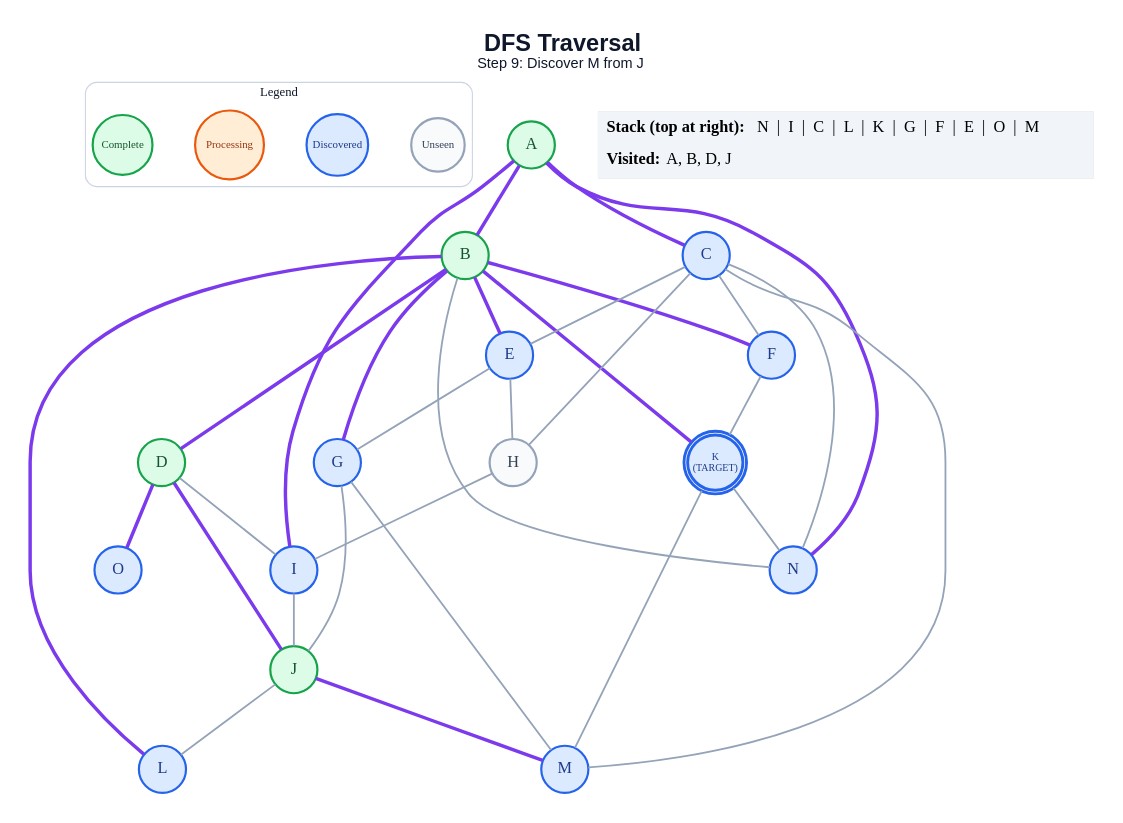
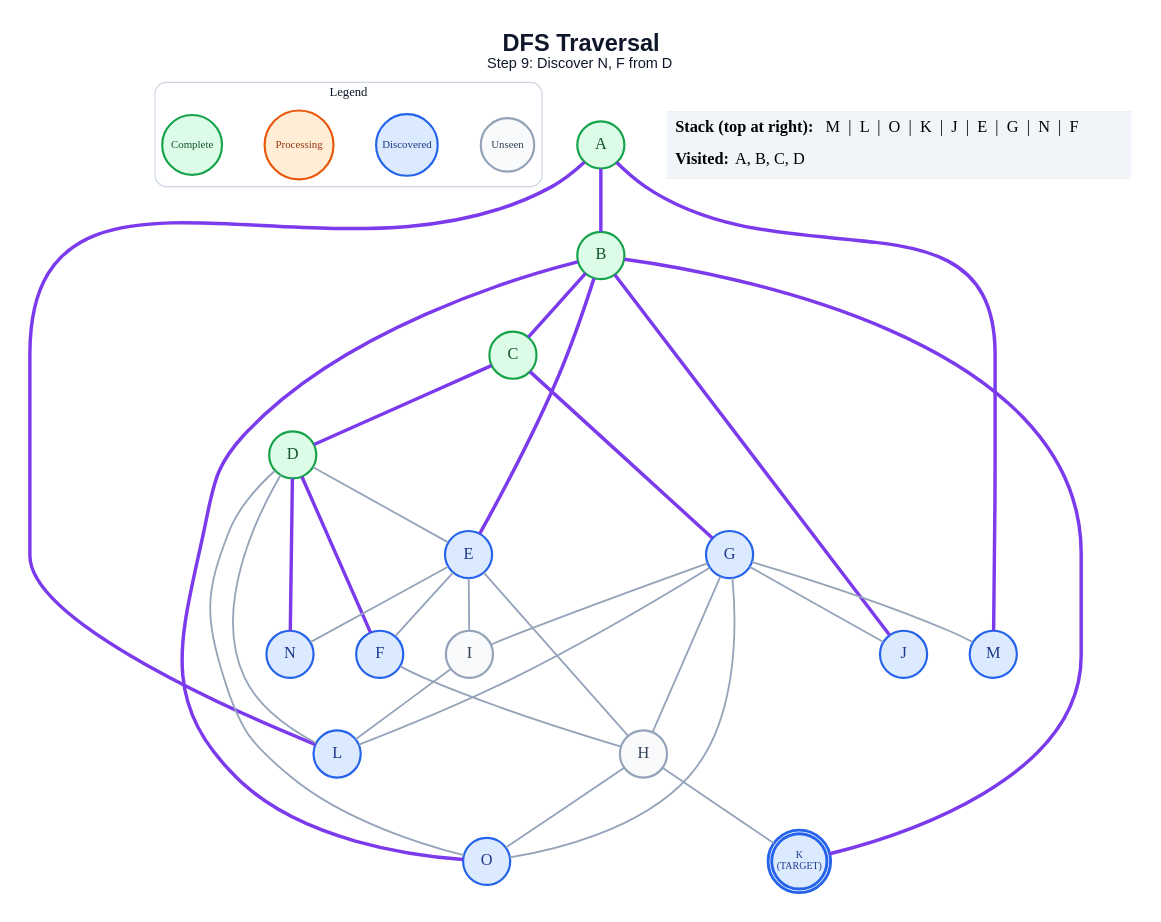
Before and after one commit to anon7238593-create/ai-slop: the diagram in generated/specific-node/dfs/step_09.dot, drawn with Graphviz. The commit also changed 229 other files, not shown here.

```diff
--- a/generated/specific-node/dfs/step_09.dot
+++ b/generated/specific-node/dfs/step_09.dot
@@ -1,64 +1,63 @@
 graph traversal {
   graph [layout=dot, rankdir=TB, bgcolor="#FFFFFF", pad="0.35", nodesep="0.65", ranksep="0.8", fontname="Arial"];
   node [shape=circle, style="filled", fontname="Arial Bold", fontsize=18, width=0.72, fixedsize=true, penwidth=2.4];
   edge [color="#94A3B8", penwidth=2.0];
-  label=<<B>DFS Traversal</B><BR/><FONT POINT-SIZE="16">Step 9: Discover M from J</FONT>>; labelloc="t"; fontsize=26; fontname="Arial"; fontcolor="#0F172A";
+  label=<<B>DFS Traversal</B><BR/><FONT POINT-SIZE="16">Step 9: Discover N, F from D</FONT>>; labelloc="t"; fontsize=26; fontname="Arial"; fontcolor="#0F172A";
   subgraph cluster_legend { label="Legend"; color="#CBD5E1"; penwidth=1.2; style="rounded"; fontsize=14; fontname="Arial Bold";
     key_unseen [label="Unseen", fillcolor="#F8FAFC", color="#94A3B8", fontcolor="#334155", fontsize=12, width=0.82];
     key_frontier [label="Discovered", fillcolor="#DBEAFE", color="#2563EB", fontcolor="#1E3A8A", fontsize=12, width=0.95];
     key_current [label="Processing", fillcolor="#FFEDD5", color="#EA580C", fontcolor="#9A3412", fontsize=12, width=1.05];
     key_done [label="Complete", fillcolor="#DCFCE7", color="#16A34A", fontcolor="#14532D", fontsize=12, width=0.92];
     { rank=same; key_unseen; key_frontier; key_current; key_done; }
   }
   A [label="A", fillcolor="#DCFCE7", color="#16A34A", fontcolor="#14532D", peripheries=1, penwidth=2.4];
   B [label="B", fillcolor="#DCFCE7", color="#16A34A", fontcolor="#14532D", peripheries=1, penwidth=2.4];
-  C [label="C", fillcolor="#DBEAFE", color="#2563EB", fontcolor="#1E3A8A", peripheries=1, penwidth=2.4];
+  C [label="C", fillcolor="#DCFCE7", color="#16A34A", fontcolor="#14532D", peripheries=1, penwidth=2.4];
   D [label="D", fillcolor="#DCFCE7", color="#16A34A", fontcolor="#14532D", peripheries=1, penwidth=2.4];
   E [label="E", fillcolor="#DBEAFE", color="#2563EB", fontcolor="#1E3A8A", peripheries=1, penwidth=2.4];
   F [label="F", fillcolor="#DBEAFE", color="#2563EB", fontcolor="#1E3A8A", peripheries=1, penwidth=2.4];
   G [label="G", fillcolor="#DBEAFE", color="#2563EB", fontcolor="#1E3A8A", peripheries=1, penwidth=2.4];
   H [label="H", fillcolor="#F8FAFC", color="#94A3B8", fontcolor="#334155", peripheries=1, penwidth=2.4];
-  I [label="I", fillcolor="#DBEAFE", color="#2563EB", fontcolor="#1E3A8A", peripheries=1, penwidth=2.4];
-  J [label="J", fillcolor="#DCFCE7", color="#16A34A", fontcolor="#14532D", peripheries=1, penwidth=2.4];
+  I [label="I", fillcolor="#F8FAFC", color="#94A3B8", fontcolor="#334155", peripheries=1, penwidth=2.4];
+  J [label="J", fillcolor="#DBEAFE", color="#2563EB", fontcolor="#1E3A8A", peripheries=1, penwidth=2.4];
   K [label="K\n(TARGET)", fillcolor="#DBEAFE", color="#2563EB", fontcolor="#1E3A8A", peripheries=2, penwidth=3.2, fontsize=11, width=0.85, height=0.85];
   L [label="L", fillcolor="#DBEAFE", color="#2563EB", fontcolor="#1E3A8A", peripheries=1, penwidth=2.4];
   M [label="M", fillcolor="#DBEAFE", color="#2563EB", fontcolor="#1E3A8A", peripheries=1, penwidth=2.4];
   N [label="N", fillcolor="#DBEAFE", color="#2563EB", fontcolor="#1E3A8A", peripheries=1, penwidth=2.4];
   O [label="O", fillcolor="#DBEAFE", color="#2563EB", fontcolor="#1E3A8A", peripheries=1, penwidth=2.4];
   A -- B [color="#7C3AED", penwidth=3.8];
-  A -- C [color="#7C3AED", penwidth=3.8];
-  A -- I [color="#7C3AED", penwidth=3.8];
-  A -- N [color="#7C3AED", penwidth=3.8];
-  B -- D [color="#7C3AED", penwidth=3.8];
+  A -- L [color="#7C3AED", penwidth=3.8];
+  A -- M [color="#7C3AED", penwidth=3.8];
+  B -- C [color="#7C3AED", penwidth=3.8];
   B -- E [color="#7C3AED", penwidth=3.8];
-  B -- F [color="#7C3AED", penwidth=3.8];
-  B -- G [color="#7C3AED", penwidth=3.8];
+  B -- J [color="#7C3AED", penwidth=3.8];
   B -- K [color="#7C3AED", penwidth=3.8];
-  B -- L [color="#7C3AED", penwidth=3.8];
-  B -- N;
-  C -- E;
-  C -- F;
-  C -- H;
-  C -- M;
-  C -- N;
-  D -- I;
-  D -- J [color="#7C3AED", penwidth=3.8];
-  D -- O [color="#7C3AED", penwidth=3.8];
-  E -- G;
+  B -- O [color="#7C3AED", penwidth=3.8];
+  C -- D [color="#7C3AED", penwidth=3.8];
+  C -- G [color="#7C3AED", penwidth=3.8];
+  D -- E;
+  D -- F [color="#7C3AED", penwidth=3.8];
+  D -- L;
+  D -- N [color="#7C3AED", penwidth=3.8];
+  D -- O;
+  E -- F;
   E -- H;
-  F -- K;
+  E -- I;
+  E -- N;
+  F -- H;
+  G -- H;
+  G -- I;
   G -- J;
+  G -- L;
   G -- M;
-  H -- I;
-  I -- J;
-  J -- L;
-  J -- M [color="#7C3AED", penwidth=3.8];
-  K -- M;
-  K -- N;
+  G -- O;
+  H -- K;
+  H -- O;
+  I -- L;
   status [shape=plain, fixedsize=false, width=0, height=0, margin=0, label=<
     <TABLE BORDER="0" CELLBORDER="0" CELLPADDING="7" BGCOLOR="#F1F5F9">
-      <TR><TD ALIGN="LEFT"><B>Stack (top at right):</B> N  |  I  |  C  |  L  |  K  |  G  |  F  |  E  |  O  |  M</TD></TR>
-      <TR><TD ALIGN="LEFT"><B>Visited:</B> A, B, D, J</TD></TR>
+      <TR><TD ALIGN="LEFT"><B>Stack (top at right):</B> M  |  L  |  O  |  K  |  J  |  E  |  G  |  N  |  F</TD></TR>
+      <TR><TD ALIGN="LEFT"><B>Visited:</B> A, B, C, D</TD></TR>
     </TABLE>
   >];
 }
```
